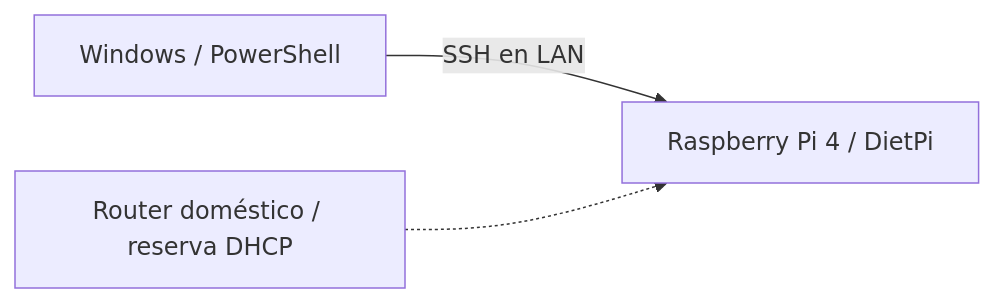
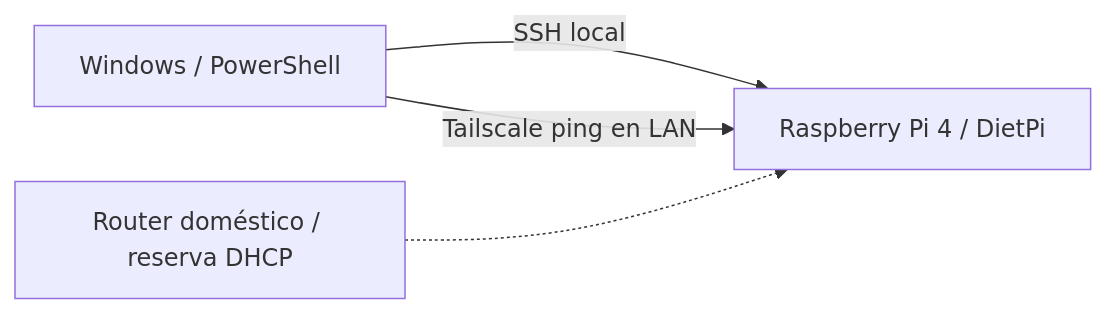
The first of 2 diagrams in README.md (afvv2602/pi-agents), drawn with Mermaid before and after one commit. The commit also changed other lines of this file and 4 other files, not shown here.

Commit message:
docs: record bidirectional Tailscale ping

````diff
--- a/README.md
+++ b/README.md
@@ -54,5 +54,6 @@
 ```mermaid
 flowchart LR
-    Win[Windows / PowerShell] -->|SSH en LAN| Pi[Raspberry Pi 4 / DietPi]
+    Win[Windows / PowerShell] -->|SSH local| Pi[Raspberry Pi 4 / DietPi]
+    Win -->|Tailscale ping en LAN| Pi
     Router[Router doméstico / reserva DHCP] -.-> Pi
 ```
````
